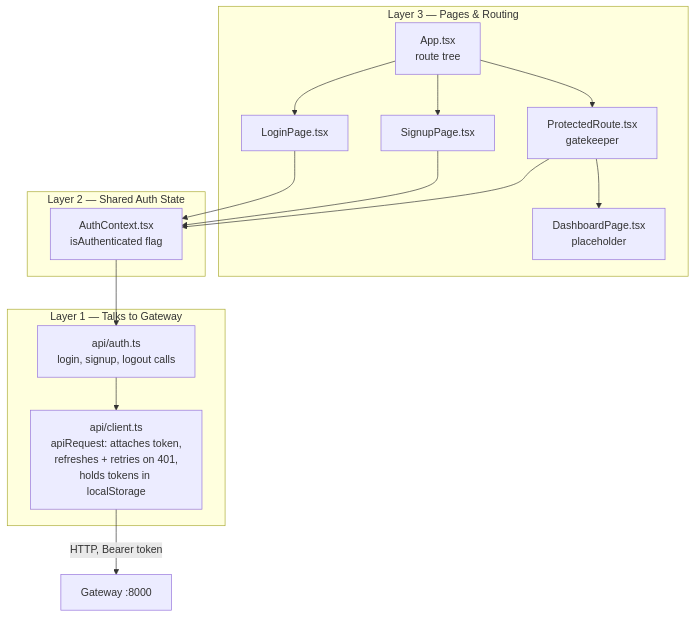
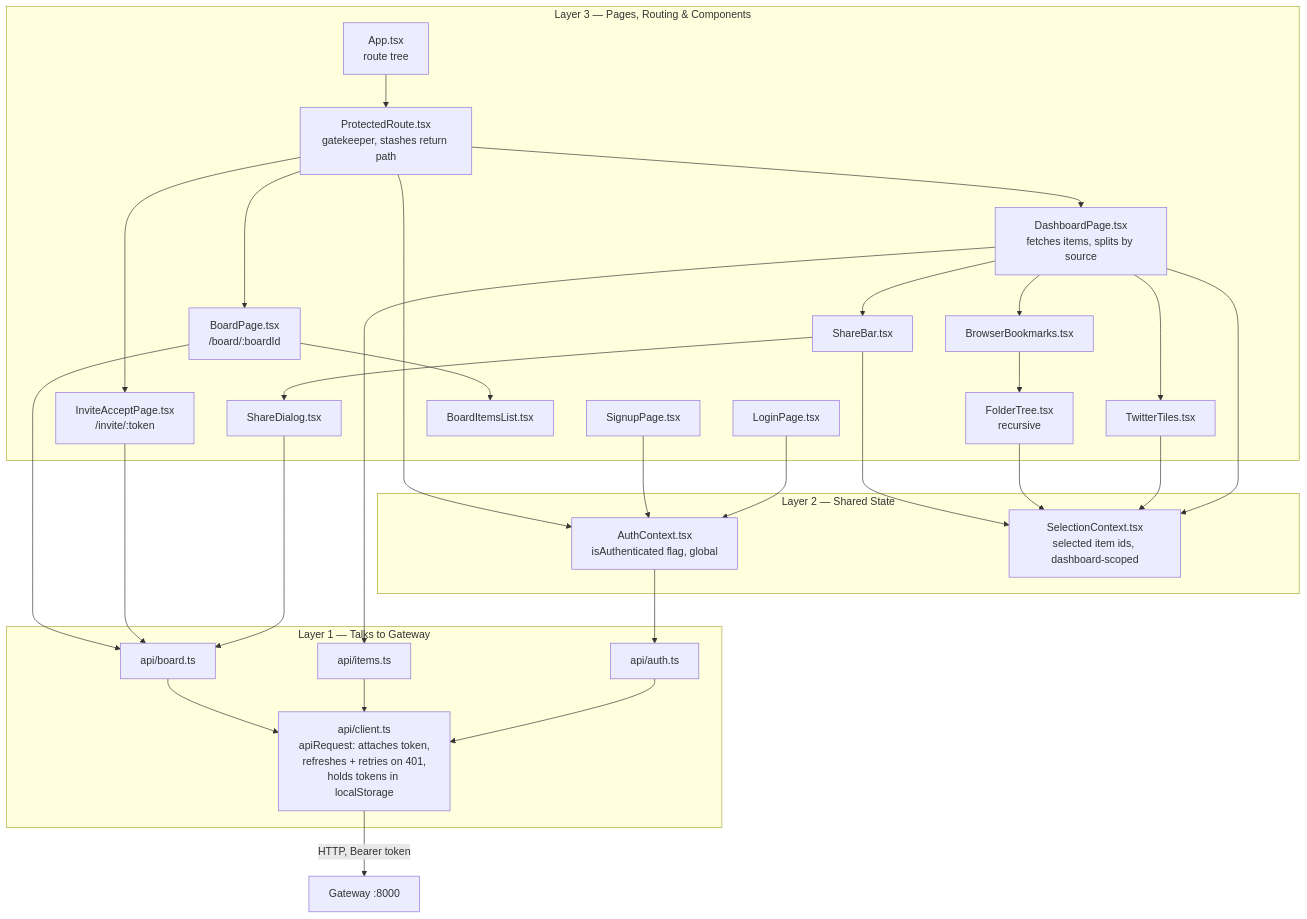
The fourth of 4 diagrams in docs/bookmarks-hub-architecture.md (mehulp/study-hub), drawn with Mermaid before and after one commit. The commit also changed other lines of this file and 22 other files, not shown here.

````diff
--- a/docs/bookmarks-hub-architecture.md
+++ b/docs/bookmarks-hub-architecture.md
@@ -145,27 +147,43 @@
 ```mermaid
 flowchart TD
-    subgraph Pages ["Layer 3 — Pages & Routing"]
+    subgraph Pages ["Layer 3 — Pages, Routing & Components"]
         APP[App.tsx<br/>route tree]
-        PR[ProtectedRoute.tsx<br/>gatekeeper]
+        PR[ProtectedRoute.tsx<br/>gatekeeper, stashes return path]
         LP[LoginPage.tsx]
         SP[SignupPage.tsx]
-        DP[DashboardPage.tsx<br/>placeholder]
+        DP[DashboardPage.tsx<br/>fetches items, splits by source]
+        BP[BoardPage.tsx<br/>/board/:boardId]
+        IAP[InviteAcceptPage.tsx<br/>/invite/:token]
+        TT[TwitterTiles.tsx]
+        BB[BrowserBookmarks.tsx]
+        FT[FolderTree.tsx<br/>recursive]
+        BIL[BoardItemsList.tsx]
+        SB[ShareBar.tsx]
+        SD[ShareDialog.tsx]
     end
-    subgraph AuthLayer ["Layer 2 — Shared Auth State"]
-        AC[AuthContext.tsx<br/>isAuthenticated flag]
+    subgraph StateLayer ["Layer 2 — Shared State"]
+        AC[AuthContext.tsx<br/>isAuthenticated flag, global]
+        SC[SelectionContext.tsx<br/>selected item ids, dashboard-scoped]
     end
     subgraph APILayer ["Layer 1 — Talks to Gateway"]
-        AUTHAPI[api/auth.ts<br/>login, signup, logout calls]
+        AUTHAPI[api/auth.ts]
+        ITEMSAPI[api/items.ts]
+        BOARDAPI[api/board.ts]
         CLIENT[api/client.ts<br/>apiRequest: attaches token,<br/>refreshes + retries on 401,<br/>holds tokens in localStorage]
     end
     APP --> PR
-    APP --> LP
-    APP --> SP
-    PR --> DP
-    LP --> AC
-    SP --> AC
-    PR --> AC
+    PR --> DP & BP & IAP
+    DP --> TT & BB & SB
+    BB --> FT
+    BP --> BIL
+    SB --> SD
+    DP & TT & FT & SB --> SC
+    LP & SP & PR --> AC
+    SD --> BOARDAPI
+    IAP --> BOARDAPI
+    BP --> BOARDAPI
+    DP --> ITEMSAPI
     AC --> AUTHAPI
-    AUTHAPI --> CLIENT
+    AUTHAPI & ITEMSAPI & BOARDAPI --> CLIENT
     CLIENT -->|HTTP, Bearer token| GW[Gateway :8000]
 ```
````
